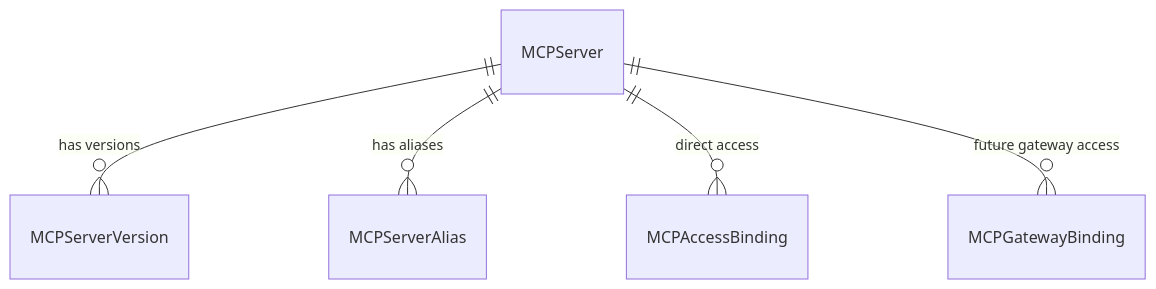
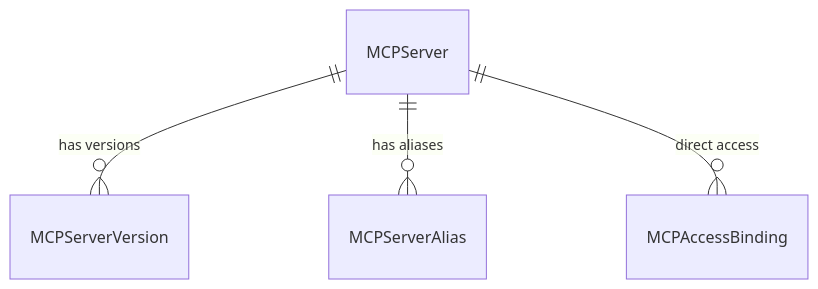
The second of 3 diagrams in rfcs/0004-mcp-registry/0004-mcp-registry.md (mlflow/rfcs), drawn with Mermaid before and after one commit. The commit also changed other lines of this file, not shown here.

First line of the commit message:
Address review feedback on permissions, transport types, and gateway decoupling

````diff
--- a/rfcs/0004-mcp-registry/0004-mcp-registry.md
+++ b/rfcs/0004-mcp-registry/0004-mcp-registry.md
@@ -410,7 +399,6 @@
 ```mermaid
 erDiagram
     MCPServer ||--o{ MCPServerVersion : "has versions"
     MCPServer ||--o{ MCPServerAlias : "has aliases"
     MCPServer ||--o{ MCPAccessBinding : "direct access"
-    MCPServer ||--o{ MCPGatewayBinding : "future gateway access"
 ```
````
